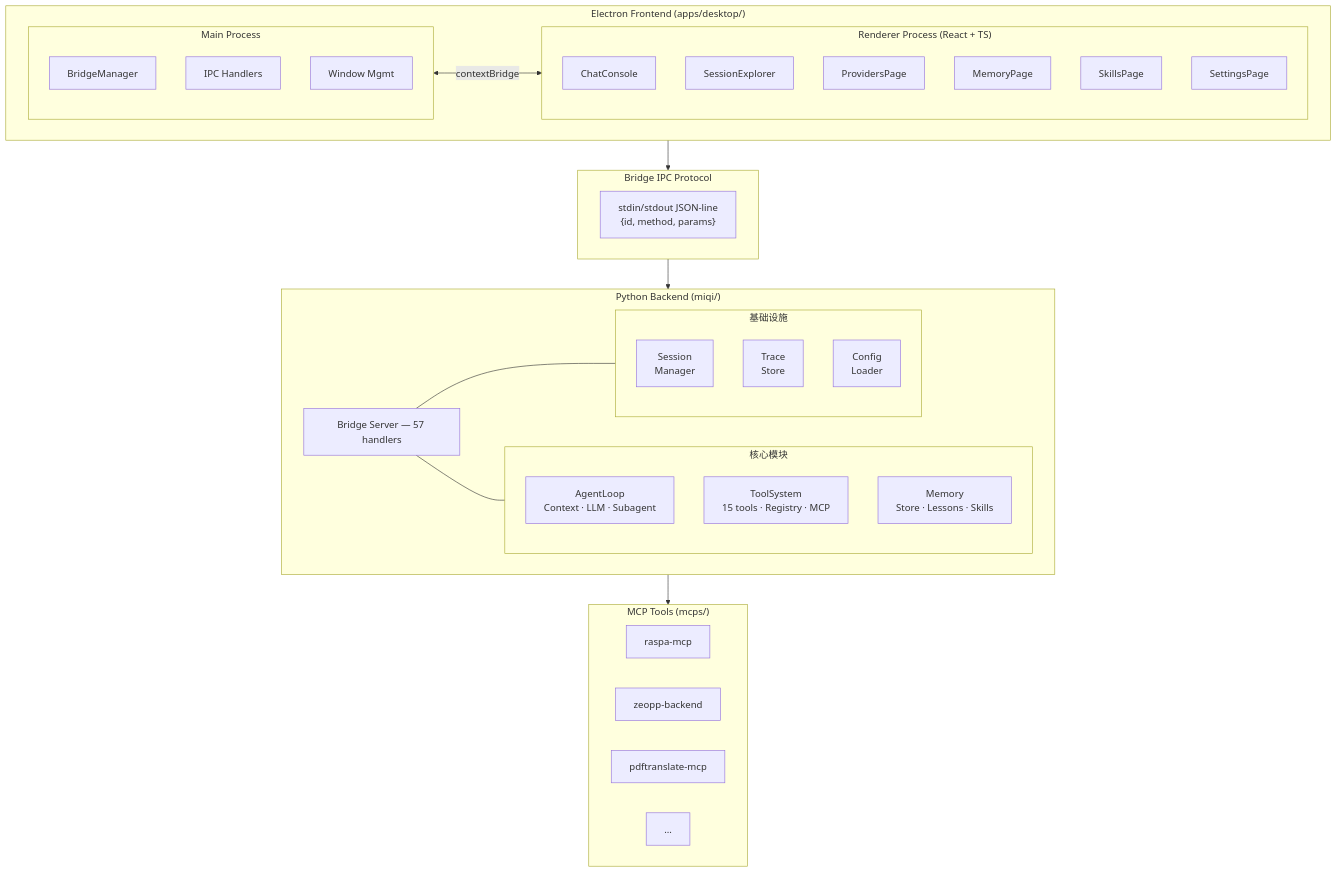
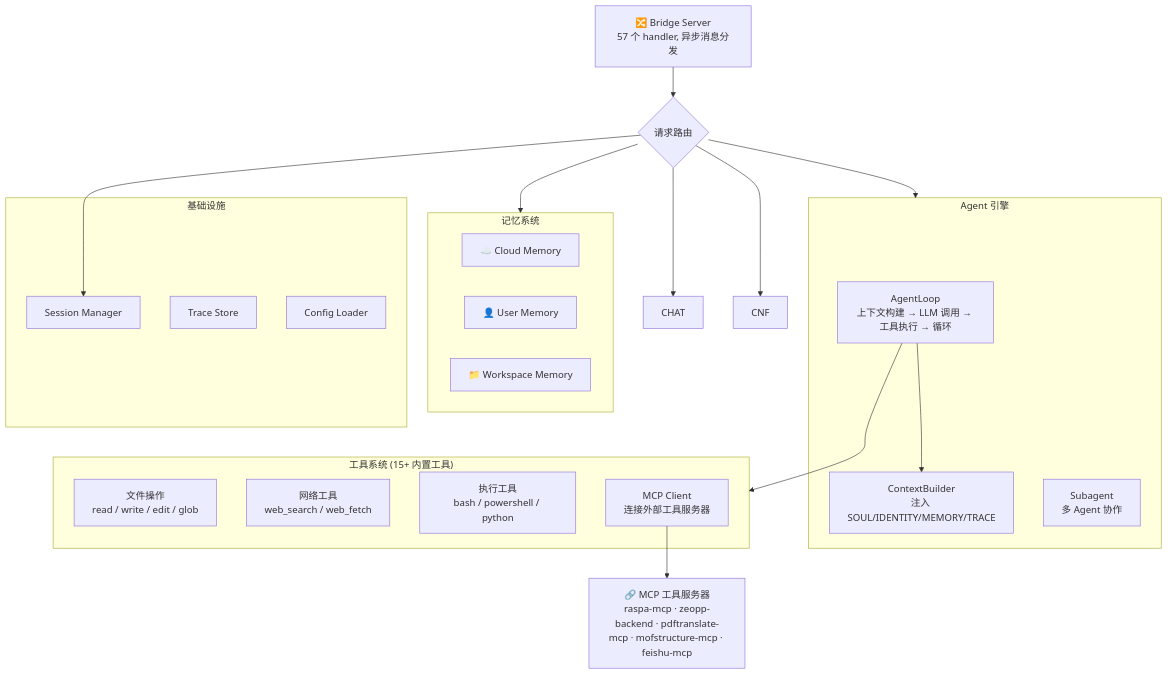
Before and after one commit to 14790897/MiQi: the second of 2 diagrams in docs/architecture.md, drawn with Mermaid. The commit also changed other lines of this file and 4 other files, not shown here.

Commit message:
docs: add mermaid zoom and restructure architecture diagrams

````diff
--- a/docs/architecture.md
+++ b/docs/architecture.md
@@ -7,52 +37,42 @@
 ```mermaid
 graph TB
-    subgraph FRONTEND["Electron Frontend (apps/desktop/)"]
-        direction LR
-        subgraph MAIN["Main Process"]
-            BM["BridgeManager"]
-            IPC["IPC Handlers"]
-            WM["Window Mgmt"]
-        end
-        subgraph RENDERER["Renderer Process (React + TS)"]
-            CC["ChatConsole"]
-            SE["SessionExplorer"]
-            PP["ProvidersPage"]
-            MP["MemoryPage"]
-            SP["SkillsPage"]
-            STP["SettingsPage"]
-        end
-        MAIN <-->|"contextBridge"| RENDERER
+    BS["🔀 Bridge Server<br/>57 个 handler, 异步消息分发"]
+    BS --> ROUTER{"请求路由"}
+
+    ROUTER --> AGENT
+    ROUTER --> CHAT
+    ROUTER --> MEM
+    ROUTER --> SESS
+    ROUTER --> CNF
+
+    subgraph AGENT["Agent 引擎"]
+        AL["AgentLoop<br/>上下文构建 → LLM 调用 → 工具执行 → 循环"]
+        CTX["ContextBuilder<br/>注入 SOUL/IDENTITY/MEMORY/TRACE"]
+        SUB["Subagent<br/>多 Agent 协作"]
     end
 
-    subgraph BRIDGE["Bridge IPC Protocol"]
-        PROTO["stdin/stdout JSON-line<br/>{id, method, params}"]
+    subgraph TOOLS["工具系统 (15+ 内置工具)"]
+        FS["文件操作<br/>read / write / edit / glob"]
+        NET["网络工具<br/>web_search / web_fetch"]
+        EXEC["执行工具<br/>bash / powershell / python"]
+        MCP_CLIENT["MCP Client<br/>连接外部工具服务器"]
     end
 
-    subgraph BACKEND["Python Backend (miqi/)"]
-        BS["Bridge Server — 57 handlers"]
-
-        subgraph CORE["核心模块"]
-            AL["AgentLoop<br/>Context · LLM · Subagent"]
-            TS["ToolSystem<br/>15 tools · Registry · MCP"]
-            MM["Memory<br/>Store · Lessons · Skills"]
-        end
-
-        subgraph INFRA["基础设施"]
-            SM["Session<br/>Manager"]
-            TR["Trace<br/>Store"]
-            CF["Config<br/>Loader"]
-        end
-
-        BS --- CORE
-        BS --- INFRA
+    subgraph MEM["记忆系统"]
+        CLOUD["☁️ Cloud Memory"]
+        USER["👤 User Memory"]
+        WS["📁 Workspace Memory"]
     end
 
-    subgraph MCP["MCP Tools (mcps/)"]
-        RSP["raspa-mcp"]
-        ZEO["zeopp-backend"]
-        PDF["pdftranslate-mcp"]
-        MORE["..."]
+    subgraph INFRA["基础设施"]
+        SESS["Session Manager"]
+        TRACE["Trace Store"]
+        CONFIG["Config Loader"]
     end
 
-    FRONTEND --> BRIDGE --> BACKEND --> MCP
+    AL --> CTX
+    AL --> TOOLS
+    MCP_CLIENT --> MCP_SERVERS
+
+    MCP_SERVERS["🔗 MCP 工具服务器<br/>raspa-mcp · zeopp-backend · pdftranslate-mcp · mofstructure-mcp · feishu-mcp"]
 ```
````
